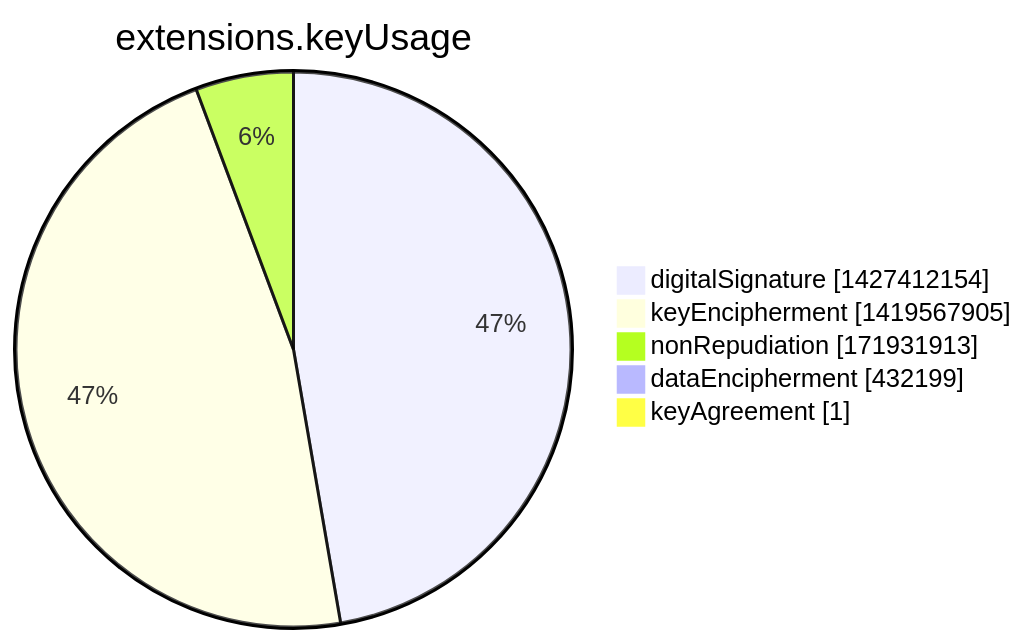
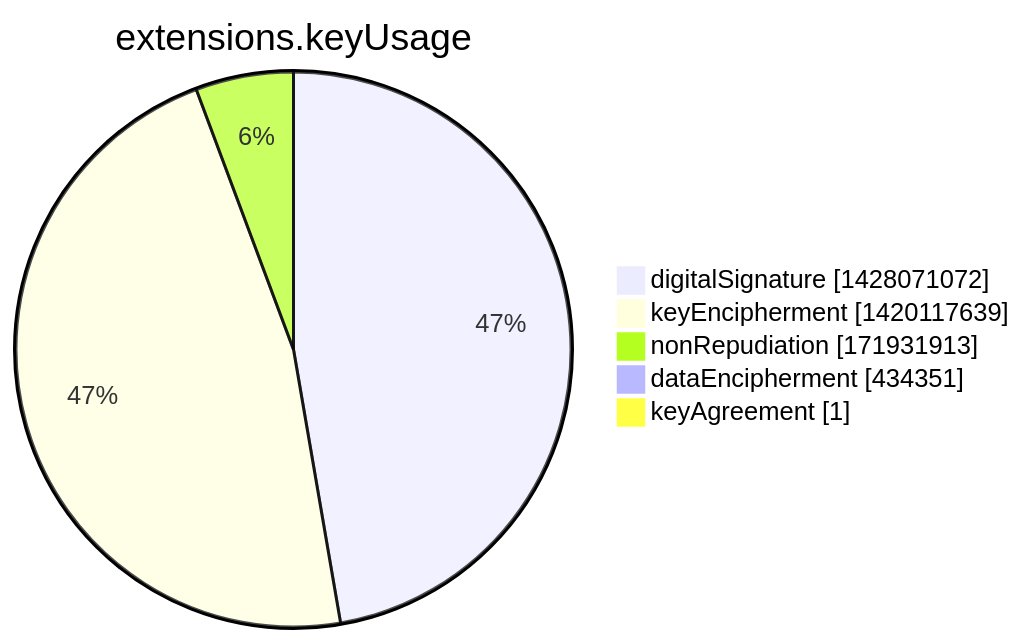
One commit to christiankrug/ctmonitor_visualization changed the seventh of 15 diagrams in argon2022/README.md. Above: the diagram before and after it, drawn with Mermaid. The commit also changed other lines of this file, not shown here.

````diff
--- a/argon2022/README.md
+++ b/argon2022/README.md
@@ -2751,9 +2751,9 @@
 ```mermaid
 pie showData
 title extensions.keyUsage
-"digitalSignature" :1427412154
-"keyEncipherment" :1419567905
+"digitalSignature" :1428071072
+"keyEncipherment" :1420117639
 "nonRepudiation" :171931913
-"dataEncipherment" :432199
+"dataEncipherment" :434351
 "keyAgreement" :1
 ```
````
